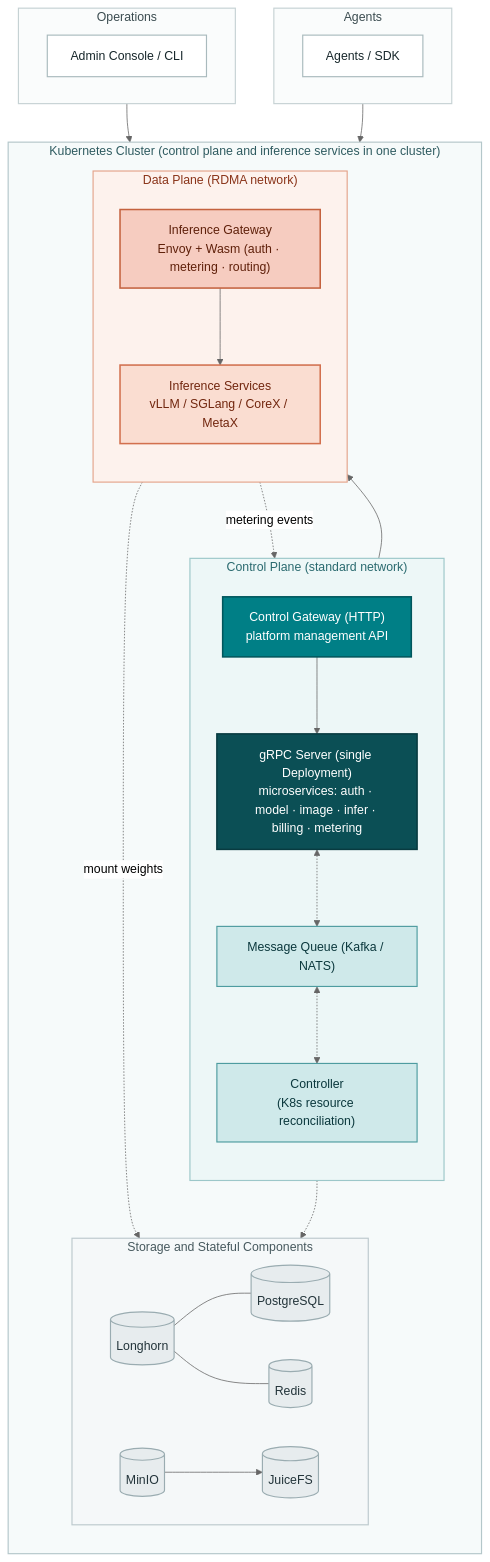
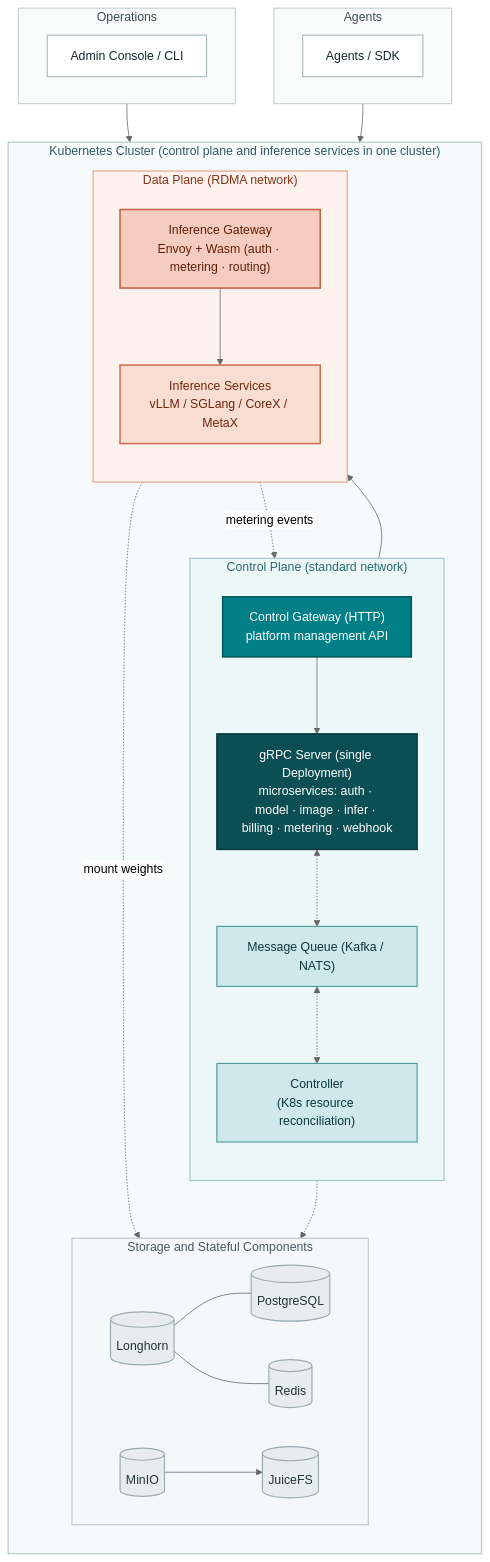
The diagram in README.md (dhyabi2/go-taas), drawn with Mermaid (neutral theme) before and after one commit. The commit also changed other lines of this file and 50 other files, not shown here.

````diff
--- a/README.md
+++ b/README.md
@@ -49,70 +49,70 @@
 ```mermaid
 flowchart TD
     subgraph agents["Agents"]
         direction LR
         USER["Agents / SDK"]
     end
 
     subgraph operators["Operations"]
         direction LR
         ADMIN["Admin Console / CLI"]
     end
 
     subgraph k8s["Kubernetes Cluster (control plane and inference services in one cluster)"]
         direction TB
         subgraph cp["Control Plane (standard network)"]
             direction TB
             CGW["Control Gateway (HTTP)<br/>platform management API"]
-            GRPC["gRPC Server (single Deployment)<br/>microservices: auth · model · image · infer · billing · metering"]
+            GRPC["gRPC Server (single Deployment)<br/>microservices: auth · model · image · infer · billing · metering · webhook"]
             MQ["Message Queue (Kafka / NATS)"]
             CTRL["Controller<br/>(K8s resource reconciliation)"]
             CGW --> GRPC
             GRPC <-.-> MQ
             MQ <-.-> CTRL
         end
         subgraph dp["Data Plane (RDMA network)"]
             direction TB
             DGW["Inference Gateway<br/>Envoy + Wasm (auth · metering · routing)"]
             E["Inference Services<br/>vLLM / SGLang / CoreX / MetaX"]
             DGW --> E
         end
         subgraph store["Storage and Stateful Components"]
             direction LR
             LH[("Longhorn")]
             PG[("PostgreSQL")]
             RD[("Redis")]
             MINIO[("MinIO")]
             JFS[("JuiceFS")]
             LH --- PG
             LH --- RD
             MINIO --> JFS
         end
         GRPC -.-> store
         CTRL --> E
     end
 
     ADMIN --> CGW
     USER --> DGW
     DGW -.->|metering events| MQ
     E -.->|mount weights| JFS
     classDef consumer fill:#FFFFFF,stroke:#A9BABD,stroke-width:1.5px,color:#17272B
     classDef edge fill:#007F86,stroke:#00565C,stroke-width:2px,color:#FFFFFF
     classDef core fill:#0B4F55,stroke:#083B40,stroke-width:2px,color:#FFFFFF
     classDef svc fill:#CFE9EA,stroke:#4E9CA0,stroke-width:1.5px,color:#0B383D
     classDef store fill:#E7ECEE,stroke:#9AACB1,stroke-width:1.5px,color:#23343A
     classDef gpu fill:#FADDD1,stroke:#D2704E,stroke-width:2px,color:#71260E
     classDef dpg fill:#F6CCC0,stroke:#C4623F,stroke-width:2px,color:#5F200A
     class ADMIN,USER consumer
     class CGW edge
     class GRPC core
     class MQ,CTRL svc
     class LH,PG,RD,MINIO,JFS store
     class DGW dpg
     class E gpu
     style agents fill:#FAFCFC,stroke:#C6D2D4,stroke-width:1.5px,color:#3B4C50
     style operators fill:#FAFCFC,stroke:#C6D2D4,stroke-width:1.5px,color:#3B4C50
     style k8s fill:#F6FAFA,stroke:#B4C7CA,stroke-width:1.5px,color:#2F5B60
     style cp fill:#EDF7F7,stroke:#9CC7C9,stroke-width:1.5px,color:#2A6A6F
     style dp fill:#FDF2ED,stroke:#E4A48B,stroke-width:1.5px,color:#8A3419
     style store fill:#F5F8F9,stroke:#BCC9CD,stroke-width:1.5px,color:#47595E
 ```
````
